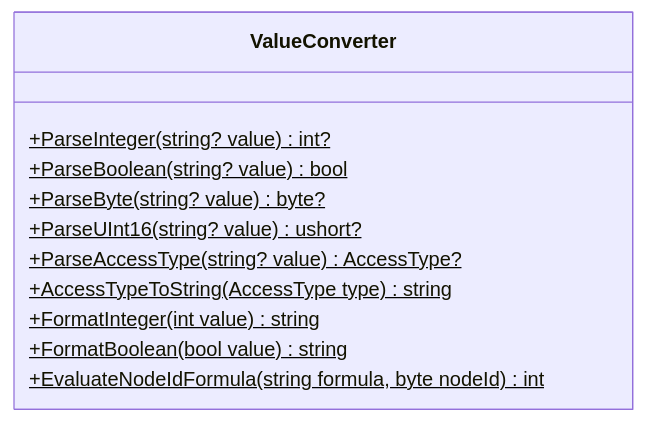
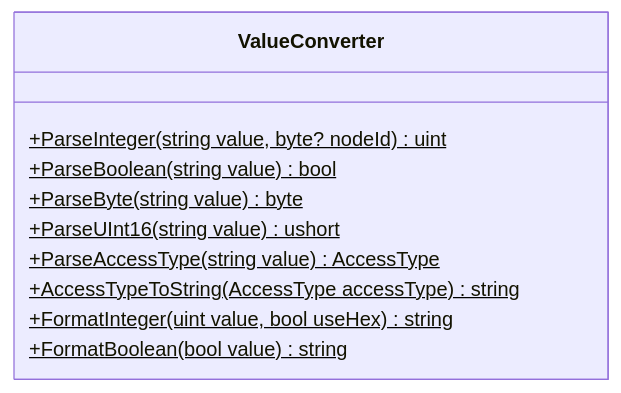
The fifth of 7 diagrams in docs/architecture/05-building-block-view.md (dborgards/eds-dcf-net), drawn with Mermaid before and after one commit. The commit also changed other lines of this file and 3 other files, not shown here.

First line of the commit message:
docs: fix inaccuracies in architecture documentation

````diff
--- a/docs/architecture/05-building-block-view.md
+++ b/docs/architecture/05-building-block-view.md
@@ -249,14 +268,13 @@
 ```mermaid
 classDiagram
     class ValueConverter {
-        +ParseInteger(string? value) int?$
-        +ParseBoolean(string? value) bool$
-        +ParseByte(string? value) byte?$
-        +ParseUInt16(string? value) ushort?$
-        +ParseAccessType(string? value) AccessType?$
-        +AccessTypeToString(AccessType type) string$
-        +FormatInteger(int value) string$
+        +ParseInteger(string value, byte? nodeId) uint$
+        +ParseBoolean(string value) bool$
+        +ParseByte(string value) byte$
+        +ParseUInt16(string value) ushort$
+        +ParseAccessType(string value) AccessType$
+        +AccessTypeToString(AccessType accessType) string$
+        +FormatInteger(uint value, bool useHex) string$
         +FormatBoolean(bool value) string$
-        +EvaluateNodeIdFormula(string formula, byte nodeId) int$
     }
 ```
````
